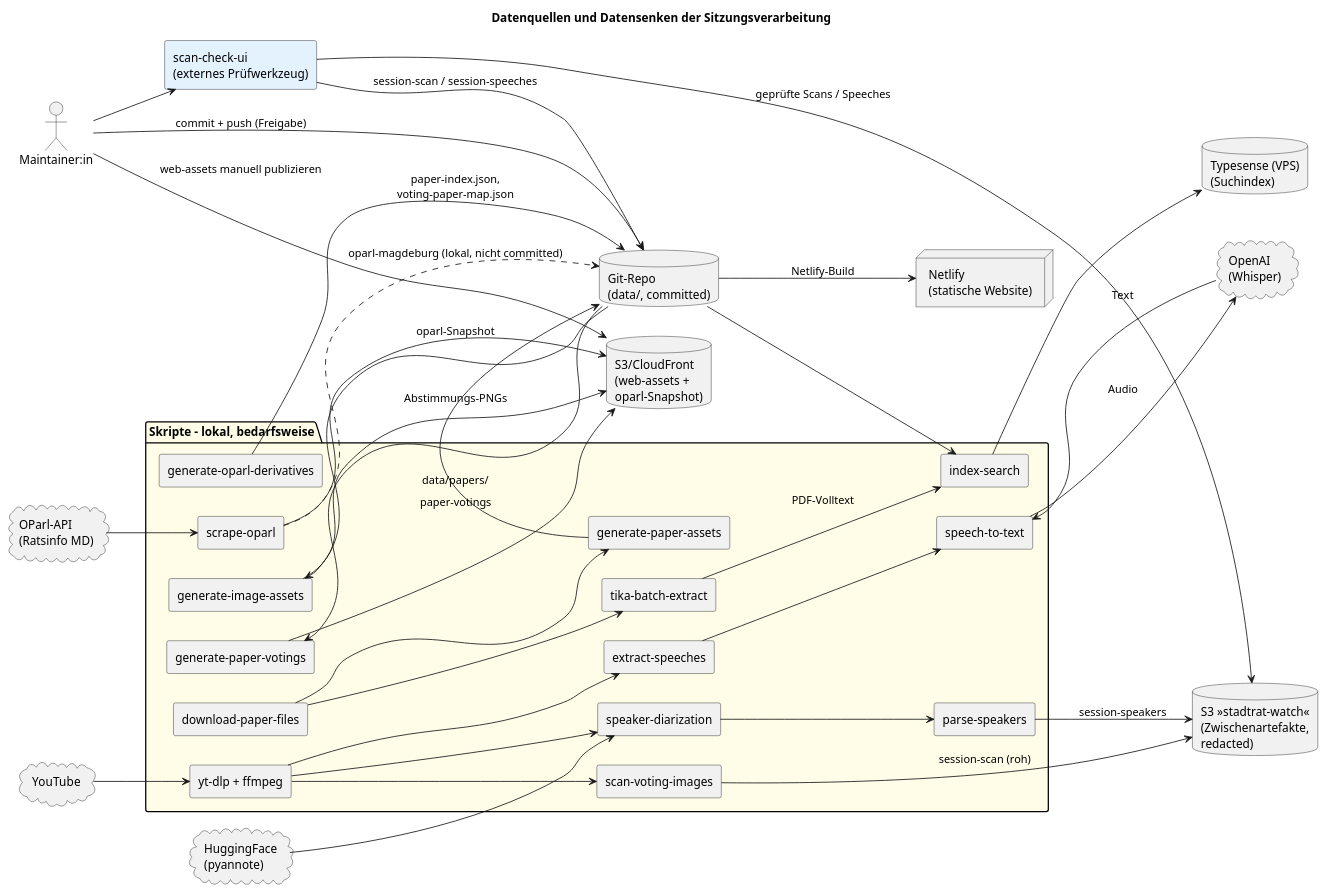
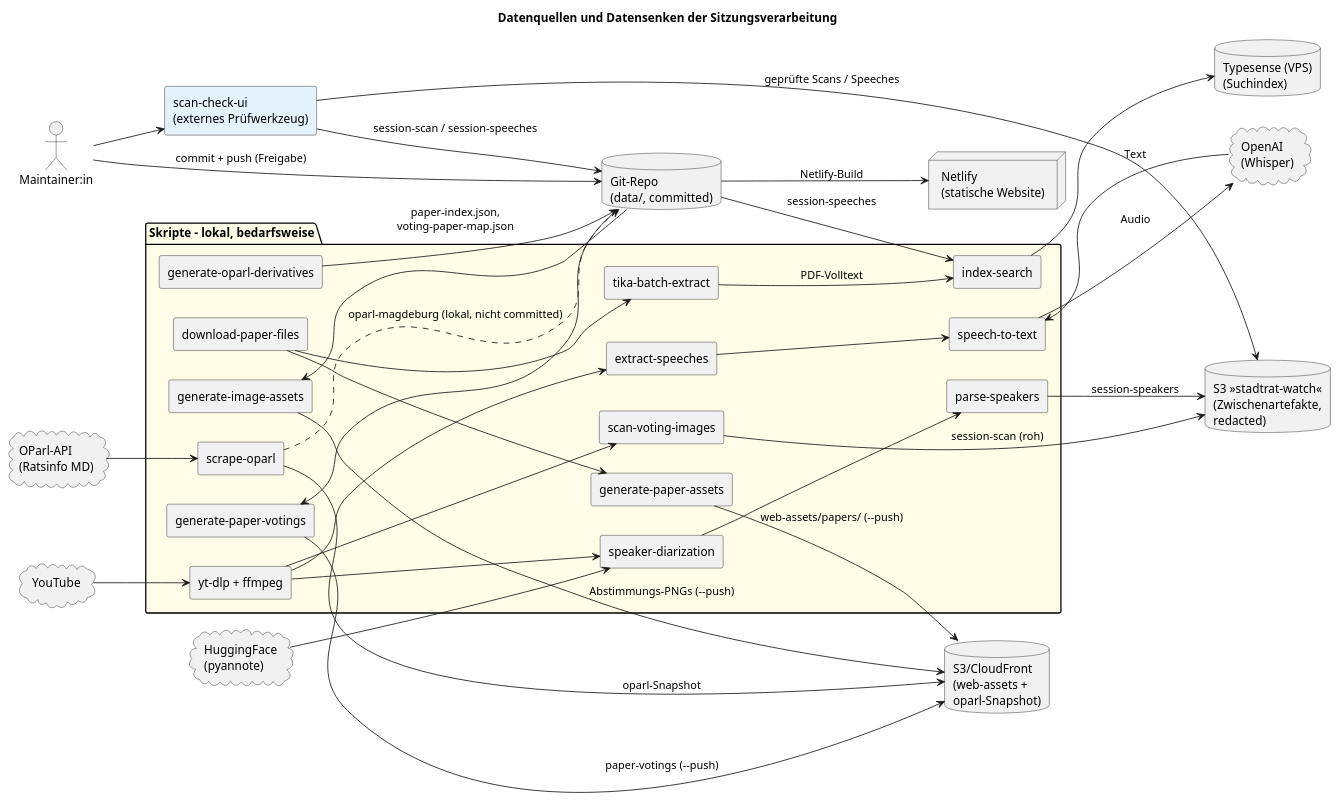
Before and after one commit to JensWinter/StadtratWatch-web: the diagram in docs/guides/session-processing/session-processing-dataflow.puml, drawn with PlantUML. The commit also changed 10 other files, not shown here.

First line of the commit message:
docs: consolidate runbook for scripted decentralized web-asset push (… (#493)

```diff
--- a/docs/guides/session-processing/session-processing-dataflow.puml
+++ b/docs/guides/session-processing/session-processing-dataflow.puml
@@ -8,82 +8,81 @@
 @startuml session-processing-dataflow
 title Datenquellen und Datensenken der Sitzungsverarbeitung
 
 skinparam shadowing false
 skinparam componentStyle rectangle
 skinparam wrapWidth 200
 left to right direction
 
 actor "Maintainer:in" as M
 
 cloud "OParl-API\n(Ratsinfo MD)" as OParl
 cloud "YouTube" as YT
 cloud "HuggingFace\n(pyannote)" as HF
 cloud "OpenAI\n(Whisper)" as OAI
 component "scan-check-ui\n(externes Prüfwerkzeug)" as UI #E3F2FD
 
 package "Skripte - lokal, bedarfsweise" #FFFDE7 {
   component "scrape-oparl" as SCRAPE
   component "download-paper-files" as DPF
   component "generate-paper-assets" as GPA
   component "generate-oparl-derivatives" as GOD
   component "tika-batch-extract" as TIKA
   component "yt-dlp + ffmpeg" as MEDIA
   component "scan-voting-images" as SVI
   component "speaker-diarization" as SD
   component "parse-speakers" as PS
   component "extract-speeches" as ES
   component "speech-to-text" as STT
   component "generate-image-assets" as GIA
   component "generate-paper-votings" as GPV
   component "index-search" as IDX
 }
 
 database "Git-Repo\n(data/, committed)" as GIT
 database "S3 »stadtrat-watch«\n(Zwischenartefakte,\nredacted)" as S3RAW
 database "S3/CloudFront\n(web-assets +\noparl-Snapshot)" as S3WEB
 database "Typesense (VPS)\n(Suchindex)" as TS
 node "Netlify\n(statische Website)" as NET
 
 ' --- Quellen ---
 OParl --> SCRAPE
 YT --> MEDIA
 HF --> SD
 STT --> OAI : Audio
 OAI --> STT : Text
 
 ' --- OParl-/Drucksachen-Zweig ---
 SCRAPE --> S3WEB : oparl-Snapshot
 SCRAPE ..> GIT : oparl-magdeburg (lokal, nicht committed)
 DPF --> GPA
-GPA --> GIT : data/papers/
+GPA --> S3WEB : web-assets/papers/ (--push)
 GOD --> GIT : paper-index.json,\nvoting-paper-map.json
 DPF --> TIKA
 TIKA --> IDX : PDF-Volltext
 
 ' --- Video-Zweig ---
 MEDIA --> SVI
 MEDIA --> SD
 SVI --> S3RAW : session-scan (roh)
 SD --> PS
 PS --> S3RAW : session-speakers
 MEDIA --> ES
 ES --> STT
 
 ' --- Manuelle Prüfung ---
 M --> UI
 UI --> S3RAW : geprüfte Scans / Speeches
 UI --> GIT : session-scan / session-speeches
 
 ' --- Zusammenführung ---
 GIT --> GIA
-GIA --> S3WEB : Abstimmungs-PNGs
+GIA --> S3WEB : Abstimmungs-PNGs (--push)
 GIT --> GPV
-GPV --> S3WEB : paper-votings
-GIT --> IDX
+GPV --> S3WEB : paper-votings (--push)
+GIT --> IDX : session-speeches
 IDX --> TS
 
 ' --- Veröffentlichung ---
 M --> GIT : commit + push (Freigabe)
 GIT --> NET : Netlify-Build
-M --> S3WEB : web-assets manuell publizieren
 @enduml
```
